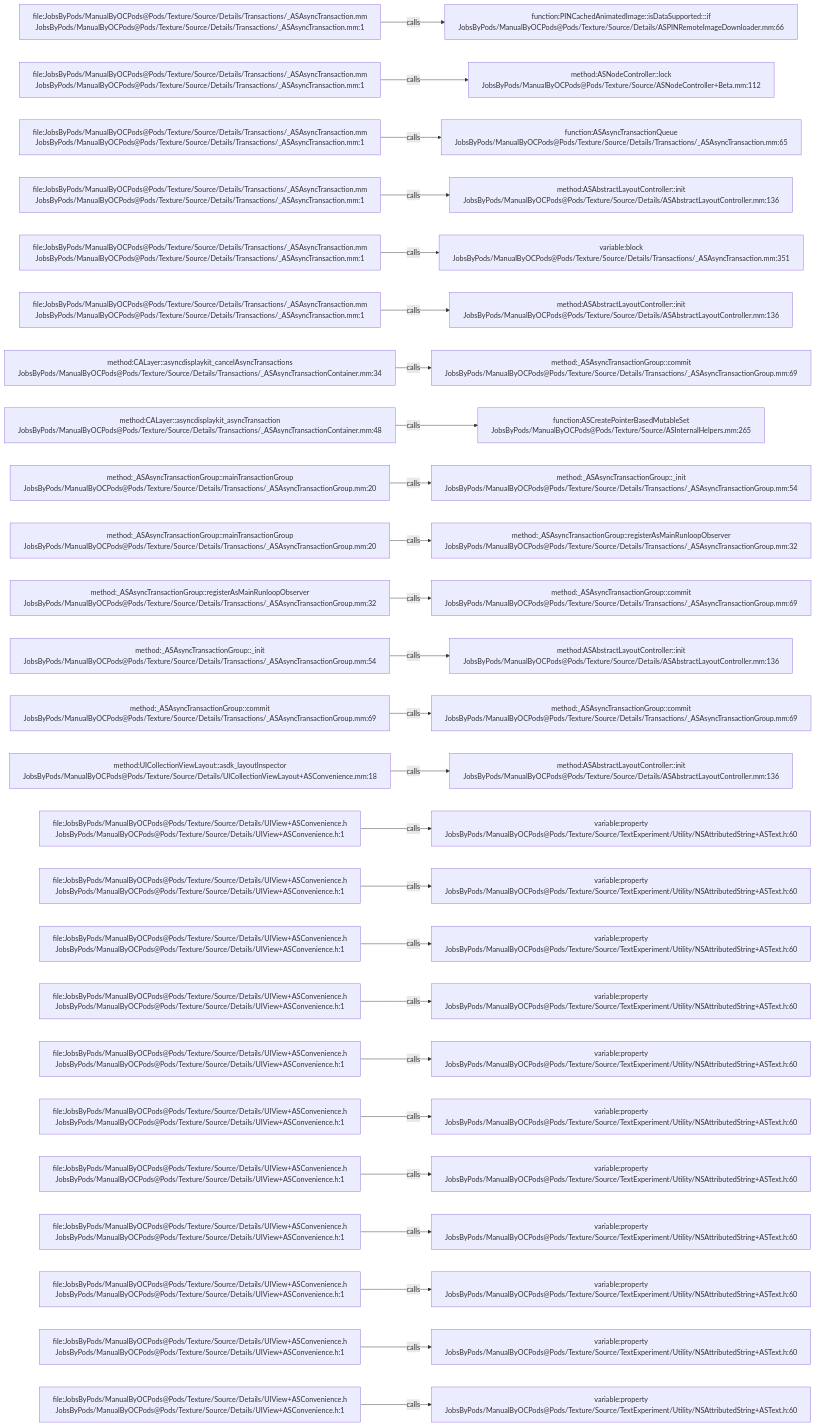
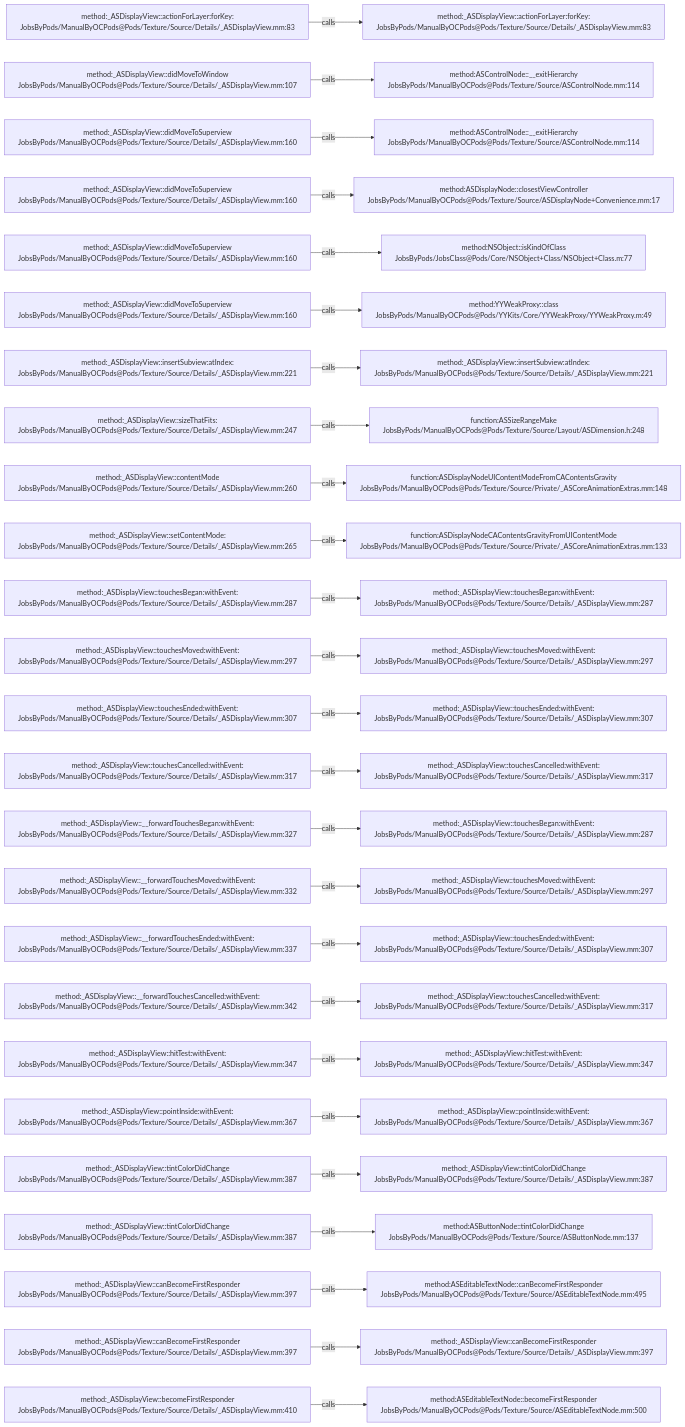
One commit to JobsKits/JobsOCBaseConfigDemo changed the diagram in .codegraph/codegraph.md/graphs/calls-170.md. Above: the diagram before and after it, drawn with Mermaid. The commit also changed 1353 other files, not shown here.

````diff
--- a/.codegraph/codegraph.md/graphs/calls-170.md
+++ b/.codegraph/codegraph.md/graphs/calls-170.md
@@ -13,78 +13,78 @@
 ```mermaid
 flowchart LR
-  S1["file:JobsByPods/ManualByOCPods@Pods/Texture/Source/Details/Transactions/_ASAsyncTransaction.mm<br/>JobsByPods/ManualByOCPods@Pods/Texture/Source/Details/Transactions/_ASAsyncTransaction.mm:1"]
-  T1["function:PINCachedAnimatedImage::isDataSupported:::if<br/>JobsByPods/ManualByOCPods@Pods/Texture/Source/Details/ASPINRemoteImageDownloader.mm:66"]
+  S1["method:_ASDisplayView::actionForLayer:forKey:<br/>JobsByPods/ManualByOCPods@Pods/Texture/Source/Details/_ASDisplayView.mm:83"]
+  T1["method:_ASDisplayView::actionForLayer:forKey:<br/>JobsByPods/ManualByOCPods@Pods/Texture/Source/Details/_ASDisplayView.mm:83"]
   S1 -->|calls| T1
-  S2["file:JobsByPods/ManualByOCPods@Pods/Texture/Source/Details/Transactions/_ASAsyncTransaction.mm<br/>JobsByPods/ManualByOCPods@Pods/Texture/Source/Details/Transactions/_ASAsyncTransaction.mm:1"]
-  T2["method:ASNodeController::lock<br/>JobsByPods/ManualByOCPods@Pods/Texture/Source/ASNodeController+Beta.mm:112"]
+  S2["method:_ASDisplayView::didMoveToWindow<br/>JobsByPods/ManualByOCPods@Pods/Texture/Source/Details/_ASDisplayView.mm:107"]
+  T2["method:ASControlNode::__exitHierarchy<br/>JobsByPods/ManualByOCPods@Pods/Texture/Source/ASControlNode.mm:114"]
   S2 -->|calls| T2
-  S3["file:JobsByPods/ManualByOCPods@Pods/Texture/Source/Details/Transactions/_ASAsyncTransaction.mm<br/>JobsByPods/ManualByOCPods@Pods/Texture/Source/Details/Transactions/_ASAsyncTransaction.mm:1"]
-  T3["function:ASAsyncTransactionQueue<br/>JobsByPods/ManualByOCPods@Pods/Texture/Source/Details/Transactions/_ASAsyncTransaction.mm:65"]
+  S3["method:_ASDisplayView::didMoveToSuperview<br/>JobsByPods/ManualByOCPods@Pods/Texture/Source/Details/_ASDisplayView.mm:160"]
+  T3["method:ASControlNode::__exitHierarchy<br/>JobsByPods/ManualByOCPods@Pods/Texture/Source/ASControlNode.mm:114"]
   S3 -->|calls| T3
-  S4["file:JobsByPods/ManualByOCPods@Pods/Texture/Source/Details/Transactions/_ASAsyncTransaction.mm<br/>JobsByPods/ManualByOCPods@Pods/Texture/Source/Details/Transactions/_ASAsyncTransaction.mm:1"]
-  T4["method:ASAbstractLayoutController::init<br/>JobsByPods/ManualByOCPods@Pods/Texture/Source/Details/ASAbstractLayoutController.mm:136"]
+  S4["method:_ASDisplayView::didMoveToSuperview<br/>JobsByPods/ManualByOCPods@Pods/Texture/Source/Details/_ASDisplayView.mm:160"]
+  T4["method:ASDisplayNode::closestViewController<br/>JobsByPods/ManualByOCPods@Pods/Texture/Source/ASDisplayNode+Convenience.mm:17"]
   S4 -->|calls| T4
-  S5["file:JobsByPods/ManualByOCPods@Pods/Texture/Source/Details/Transactions/_ASAsyncTransaction.mm<br/>JobsByPods/ManualByOCPods@Pods/Texture/Source/Details/Transactions/_ASAsyncTransaction.mm:1"]
-  T5["variable:block<br/>JobsByPods/ManualByOCPods@Pods/Texture/Source/Details/Transactions/_ASAsyncTransaction.mm:351"]
+  S5["method:_ASDisplayView::didMoveToSuperview<br/>JobsByPods/ManualByOCPods@Pods/Texture/Source/Details/_ASDisplayView.mm:160"]
+  T5["method:NSObject::isKindOfClass<br/>JobsByPods/JobsClass@Pods/Core/NSObject+Class/NSObject+Class.m:77"]
   S5 -->|calls| T5
-  S6["file:JobsByPods/ManualByOCPods@Pods/Texture/Source/Details/Transactions/_ASAsyncTransaction.mm<br/>JobsByPods/ManualByOCPods@Pods/Texture/Source/Details/Transactions/_ASAsyncTransaction.mm:1"]
-  T6["method:ASAbstractLayoutController::init<br/>JobsByPods/ManualByOCPods@Pods/Texture/Source/Details/ASAbstractLayoutController.mm:136"]
+  S6["method:_ASDisplayView::didMoveToSuperview<br/>JobsByPods/ManualByOCPods@Pods/Texture/Source/Details/_ASDisplayView.mm:160"]
+  T6["method:YYWeakProxy::class<br/>JobsByPods/ManualByOCPods@Pods/YYKits/Core/YYWeakProxy/YYWeakProxy.m:49"]
   S6 -->|calls| T6
-  S7["method:CALayer::asyncdisplaykit_cancelAsyncTransactions<br/>JobsByPods/ManualByOCPods@Pods/Texture/Source/Details/Transactions/_ASAsyncTransactionContainer.mm:34"]
-  T7["method:_ASAsyncTransactionGroup::commit<br/>JobsByPods/ManualByOCPods@Pods/Texture/Source/Details/Transactions/_ASAsyncTransactionGroup.mm:69"]
+  S7["method:_ASDisplayView::insertSubview:atIndex:<br/>JobsByPods/ManualByOCPods@Pods/Texture/Source/Details/_ASDisplayView.mm:221"]
+  T7["method:_ASDisplayView::insertSubview:atIndex:<br/>JobsByPods/ManualByOCPods@Pods/Texture/Source/Details/_ASDisplayView.mm:221"]
   S7 -->|calls| T7
-  S8["method:CALayer::asyncdisplaykit_asyncTransaction<br/>JobsByPods/ManualByOCPods@Pods/Texture/Source/Details/Transactions/_ASAsyncTransactionContainer.mm:48"]
-  T8["function:ASCreatePointerBasedMutableSet<br/>JobsByPods/ManualByOCPods@Pods/Texture/Source/ASInternalHelpers.mm:265"]
+  S8["method:_ASDisplayView::sizeThatFits:<br/>JobsByPods/ManualByOCPods@Pods/Texture/Source/Details/_ASDisplayView.mm:247"]
+  T8["function:ASSizeRangeMake<br/>JobsByPods/ManualByOCPods@Pods/Texture/Source/Layout/ASDimension.h:248"]
   S8 -->|calls| T8
-  S9["method:_ASAsyncTransactionGroup::mainTransactionGroup<br/>JobsByPods/ManualByOCPods@Pods/Texture/Source/Details/Transactions/_ASAsyncTransactionGroup.mm:20"]
-  T9["method:_ASAsyncTransactionGroup::_init<br/>JobsByPods/ManualByOCPods@Pods/Texture/Source/Details/Transactions/_ASAsyncTransactionGroup.mm:54"]
+  S9["method:_ASDisplayView::contentMode<br/>JobsByPods/ManualByOCPods@Pods/Texture/Source/Details/_ASDisplayView.mm:260"]
+  T9["function:ASDisplayNodeUIContentModeFromCAContentsGravity<br/>JobsByPods/ManualByOCPods@Pods/Texture/Source/Private/_ASCoreAnimationExtras.mm:148"]
   S9 -->|calls| T9
-  S10["method:_ASAsyncTransactionGroup::mainTransactionGroup<br/>JobsByPods/ManualByOCPods@Pods/Texture/Source/Details/Transactions/_ASAsyncTransactionGroup.mm:20"]
-  T10["method:_ASAsyncTransactionGroup::registerAsMainRunloopObserver<br/>JobsByPods/ManualByOCPods@Pods/Texture/Source/Details/Transactions/_ASAsyncTransactionGroup.mm:32"]
+  S10["method:_ASDisplayView::setContentMode:<br/>JobsByPods/ManualByOCPods@Pods/Texture/Source/Details/_ASDisplayView.mm:265"]
+  T10["function:ASDisplayNodeCAContentsGravityFromUIContentMode<br/>JobsByPods/ManualByOCPods@Pods/Texture/Source/Private/_ASCoreAnimationExtras.mm:133"]
   S10 -->|calls| T10
-  S11["method:_ASAsyncTransactionGroup::registerAsMainRunloopObserver<br/>JobsByPods/ManualByOCPods@Pods/Texture/Source/Details/Transactions/_ASAsyncTransactionGroup.mm:32"]
-  T11["method:_ASAsyncTransactionGroup::commit<br/>JobsByPods/ManualByOCPods@Pods/Texture/Source/Details/Transactions/_ASAsyncTransactionGroup.mm:69"]
+  S11["method:_ASDisplayView::touchesBegan:withEvent:<br/>JobsByPods/ManualByOCPods@Pods/Texture/Source/Details/_ASDisplayView.mm:287"]
+  T11["method:_ASDisplayView::touchesBegan:withEvent:<br/>JobsByPods/ManualByOCPods@Pods/Texture/Source/Details/_ASDisplayView.mm:287"]
   S11 -->|calls| T11
-  S12["method:_ASAsyncTransactionGroup::_init<br/>JobsByPods/ManualByOCPods@Pods/Texture/Source/Details/Transactions/_ASAsyncTransactionGroup.mm:54"]
-  T12["method:ASAbstractLayoutController::init<br/>JobsByPods/ManualByOCPods@Pods/Texture/Source/Details/ASAbstractLayoutController.mm:136"]
+  S12["method:_ASDisplayView::touchesMoved:withEvent:<br/>JobsByPods/ManualByOCPods@Pods/Texture/Source/Details/_ASDisplayView.mm:297"]
+  T12["method:_ASDisplayView::touchesMoved:withEvent:<br/>JobsByPods/ManualByOCPods@Pods/Texture/Source/Details/_ASDisplayView.mm:297"]
   S12 -->|calls| T12
-  S13["method:_ASAsyncTransactionGroup::commit<br/>JobsByPods/ManualByOCPods@Pods/Texture/Source/Details/Transactions/_ASAsyncTransactionGroup.mm:69"]
-  T13["method:_ASAsyncTransactionGroup::commit<br/>JobsByPods/ManualByOCPods@Pods/Texture/Source/Details/Transactions/_ASAsyncTransactionGroup.mm:69"]
+  S13["method:_ASDisplayView::touchesEnded:withEvent:<br/>JobsByPods/ManualByOCPods@Pods/Texture/Source/Details/_ASDisplayView.mm:307"]
+  T13["method:_ASDisplayView::touchesEnded:withEvent:<br/>JobsByPods/ManualByOCPods@Pods/Texture/Source/Details/_ASDisplayView.mm:307"]
   S13 -->|calls| T13
-  S14["method:UICollectionViewLayout::asdk_layoutInspector<br/>JobsByPods/ManualByOCPods@Pods/Texture/Source/Details/UICollectionViewLayout+ASConvenience.mm:18"]
-  T14["method:ASAbstractLayoutController::init<br/>JobsByPods/ManualByOCPods@Pods/Texture/Source/Details/ASAbstractLayoutController.mm:136"]
+  S14["method:_ASDisplayView::touchesCancelled:withEvent:<br/>JobsByPods/ManualByOCPods@Pods/Texture/Source/Details/_ASDisplayView.mm:317"]
+  T14["method:_ASDisplayView::touchesCancelled:withEvent:<br/>JobsByPods/ManualByOCPods@Pods/Texture/Source/Details/_ASDisplayView.mm:317"]
   S14 -->|calls| T14
-  S15["file:JobsByPods/ManualByOCPods@Pods/Texture/Source/Details/UIView+ASConvenience.h<br/>JobsByPods/ManualByOCPods@Pods/Texture/Source/Details/UIView+ASConvenience.h:1"]
-  T15["variable:property<br/>JobsByPods/ManualByOCPods@Pods/Texture/Source/TextExperiment/Utility/NSAttributedString+ASText.h:60"]
+  S15["method:_ASDisplayView::__forwardTouchesBegan:withEvent:<br/>JobsByPods/ManualByOCPods@Pods/Texture/Source/Details/_ASDisplayView.mm:327"]
+  T15["method:_ASDisplayView::touchesBegan:withEvent:<br/>JobsByPods/ManualByOCPods@Pods/Texture/Source/Details/_ASDisplayView.mm:287"]
   S15 -->|calls| T15
-  S16["file:JobsByPods/ManualByOCPods@Pods/Texture/Source/Details/UIView+ASConvenience.h<br/>JobsByPods/ManualByOCPods@Pods/Texture/Source/Details/UIView+ASConvenience.h:1"]
-  T16["variable:property<br/>JobsByPods/ManualByOCPods@Pods/Texture/Source/TextExperiment/Utility/NSAttributedString+ASText.h:60"]
+  S16["method:_ASDisplayView::__forwardTouchesMoved:withEvent:<br/>JobsByPods/ManualByOCPods@Pods/Texture/Source/Details/_ASDisplayView.mm:332"]
+  T16["method:_ASDisplayView::touchesMoved:withEvent:<br/>JobsByPods/ManualByOCPods@Pods/Texture/Source/Details/_ASDisplayView.mm:297"]
   S16 -->|calls| T16
-  S17["file:JobsByPods/ManualByOCPods@Pods/Texture/Source/Details/UIView+ASConvenience.h<br/>JobsByPods/ManualByOCPods@Pods/Texture/Source/Details/UIView+ASConvenience.h:1"]
-  T17["variable:property<br/>JobsByPods/ManualByOCPods@Pods/Texture/Source/TextExperiment/Utility/NSAttributedString+ASText.h:60"]
+  S17["method:_ASDisplayView::__forwardTouchesEnded:withEvent:<br/>JobsByPods/ManualByOCPods@Pods/Texture/Source/Details/_ASDisplayView.mm:337"]
+  T17["method:_ASDisplayView::touchesEnded:withEvent:<br/>JobsByPods/ManualByOCPods@Pods/Texture/Source/Details/_ASDisplayView.mm:307"]
   S17 -->|calls| T17
-  S18["file:JobsByPods/ManualByOCPods@Pods/Texture/Source/Details/UIView+ASConvenience.h<br/>JobsByPods/ManualByOCPods@Pods/Texture/Source/Details/UIView+ASConvenience.h:1"]
-  T18["variable:property<br/>JobsByPods/ManualByOCPods@Pods/Texture/Source/TextExperiment/Utility/NSAttributedString+ASText.h:60"]
+  S18["method:_ASDisplayView::__forwardTouchesCancelled:withEvent:<br/>JobsByPods/ManualByOCPods@Pods/Texture/Source/Details/_ASDisplayView.mm:342"]
+  T18["method:_ASDisplayView::touchesCancelled:withEvent:<br/>JobsByPods/ManualByOCPods@Pods/Texture/Source/Details/_ASDisplayView.mm:317"]
   S18 -->|calls| T18
-  S19["file:JobsByPods/ManualByOCPods@Pods/Texture/Source/Details/UIView+ASConvenience.h<br/>JobsByPods/ManualByOCPods@Pods/Texture/Source/Details/UIView+ASConvenience.h:1"]
-  T19["variable:property<br/>JobsByPods/ManualByOCPods@Pods/Texture/Source/TextExperiment/Utility/NSAttributedString+ASText.h:60"]
+  S19["method:_ASDisplayView::hitTest:withEvent:<br/>JobsByPods/ManualByOCPods@Pods/Texture/Source/Details/_ASDisplayView.mm:347"]
+  T19["method:_ASDisplayView::hitTest:withEvent:<br/>JobsByPods/ManualByOCPods@Pods/Texture/Source/Details/_ASDisplayView.mm:347"]
   S19 -->|calls| T19
-  S20["file:JobsByPods/ManualByOCPods@Pods/Texture/Source/Details/UIView+ASConvenience.h<br/>JobsByPods/ManualByOCPods@Pods/Texture/Source/Details/UIView+ASConvenience.h:1"]
-  T20["variable:property<br/>JobsByPods/ManualByOCPods@Pods/Texture/Source/TextExperiment/Utility/NSAttributedString+ASText.h:60"]
+  S20["method:_ASDisplayView::pointInside:withEvent:<br/>JobsByPods/ManualByOCPods@Pods/Texture/Source/Details/_ASDisplayView.mm:367"]
+  T20["method:_ASDisplayView::pointInside:withEvent:<br/>JobsByPods/ManualByOCPods@Pods/Texture/Source/Details/_ASDisplayView.mm:367"]
   S20 -->|calls| T20
-  S21["file:JobsByPods/ManualByOCPods@Pods/Texture/Source/Details/UIView+ASConvenience.h<br/>JobsByPods/ManualByOCPods@Pods/Texture/Source/Details/UIView+ASConvenience.h:1"]
-  T21["variable:property<br/>JobsByPods/ManualByOCPods@Pods/Texture/Source/TextExperiment/Utility/NSAttributedString+ASText.h:60"]
+  S21["method:_ASDisplayView::tintColorDidChange<br/>JobsByPods/ManualByOCPods@Pods/Texture/Source/Details/_ASDisplayView.mm:387"]
+  T21["method:_ASDisplayView::tintColorDidChange<br/>JobsByPods/ManualByOCPods@Pods/Texture/Source/Details/_ASDisplayView.mm:387"]
   S21 -->|calls| T21
-  S22["file:JobsByPods/ManualByOCPods@Pods/Texture/Source/Details/UIView+ASConvenience.h<br/>JobsByPods/ManualByOCPods@Pods/Texture/Source/Details/UIView+ASConvenience.h:1"]
-  T22["variable:property<br/>JobsByPods/ManualByOCPods@Pods/Texture/Source/TextExperiment/Utility/NSAttributedString+ASText.h:60"]
+  S22["method:_ASDisplayView::tintColorDidChange<br/>JobsByPods/ManualByOCPods@Pods/Texture/Source/Details/_ASDisplayView.mm:387"]
+  T22["method:ASButtonNode::tintColorDidChange<br/>JobsByPods/ManualByOCPods@Pods/Texture/Source/ASButtonNode.mm:137"]
   S22 -->|calls| T22
-  S23["file:JobsByPods/ManualByOCPods@Pods/Texture/Source/Details/UIView+ASConvenience.h<br/>JobsByPods/ManualByOCPods@Pods/Texture/Source/Details/UIView+ASConvenience.h:1"]
-  T23["variable:property<br/>JobsByPods/ManualByOCPods@Pods/Texture/Source/TextExperiment/Utility/NSAttributedString+ASText.h:60"]
+  S23["method:_ASDisplayView::canBecomeFirstResponder<br/>JobsByPods/ManualByOCPods@Pods/Texture/Source/Details/_ASDisplayView.mm:397"]
+  T23["method:ASEditableTextNode::canBecomeFirstResponder<br/>JobsByPods/ManualByOCPods@Pods/Texture/Source/ASEditableTextNode.mm:495"]
   S23 -->|calls| T23
-  S24["file:JobsByPods/ManualByOCPods@Pods/Texture/Source/Details/UIView+ASConvenience.h<br/>JobsByPods/ManualByOCPods@Pods/Texture/Source/Details/UIView+ASConvenience.h:1"]
-  T24["variable:property<br/>JobsByPods/ManualByOCPods@Pods/Texture/Source/TextExperiment/Utility/NSAttributedString+ASText.h:60"]
+  S24["method:_ASDisplayView::canBecomeFirstResponder<br/>JobsByPods/ManualByOCPods@Pods/Texture/Source/Details/_ASDisplayView.mm:397"]
+  T24["method:_ASDisplayView::canBecomeFirstResponder<br/>JobsByPods/ManualByOCPods@Pods/Texture/Source/Details/_ASDisplayView.mm:397"]
   S24 -->|calls| T24
-  S25["file:JobsByPods/ManualByOCPods@Pods/Texture/Source/Details/UIView+ASConvenience.h<br/>JobsByPods/ManualByOCPods@Pods/Texture/Source/Details/UIView+ASConvenience.h:1"]
-  T25["variable:property<br/>JobsByPods/ManualByOCPods@Pods/Texture/Source/TextExperiment/Utility/NSAttributedString+ASText.h:60"]
+  S25["method:_ASDisplayView::becomeFirstResponder<br/>JobsByPods/ManualByOCPods@Pods/Texture/Source/Details/_ASDisplayView.mm:410"]
+  T25["method:ASEditableTextNode::becomeFirstResponder<br/>JobsByPods/ManualByOCPods@Pods/Texture/Source/ASEditableTextNode.mm:500"]
   S25 -->|calls| T25
 ```
````
